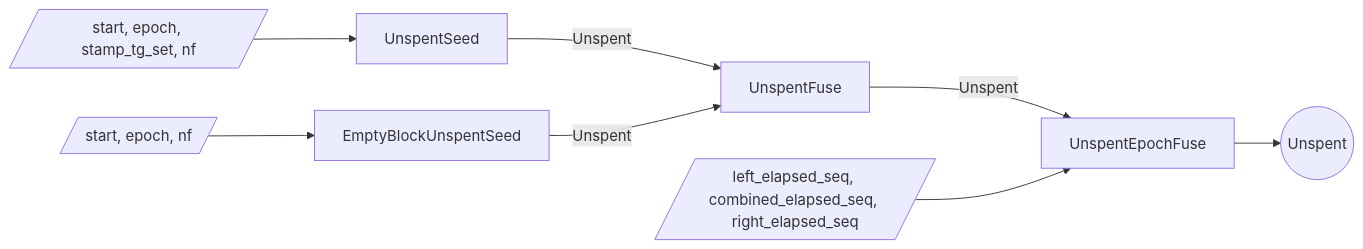
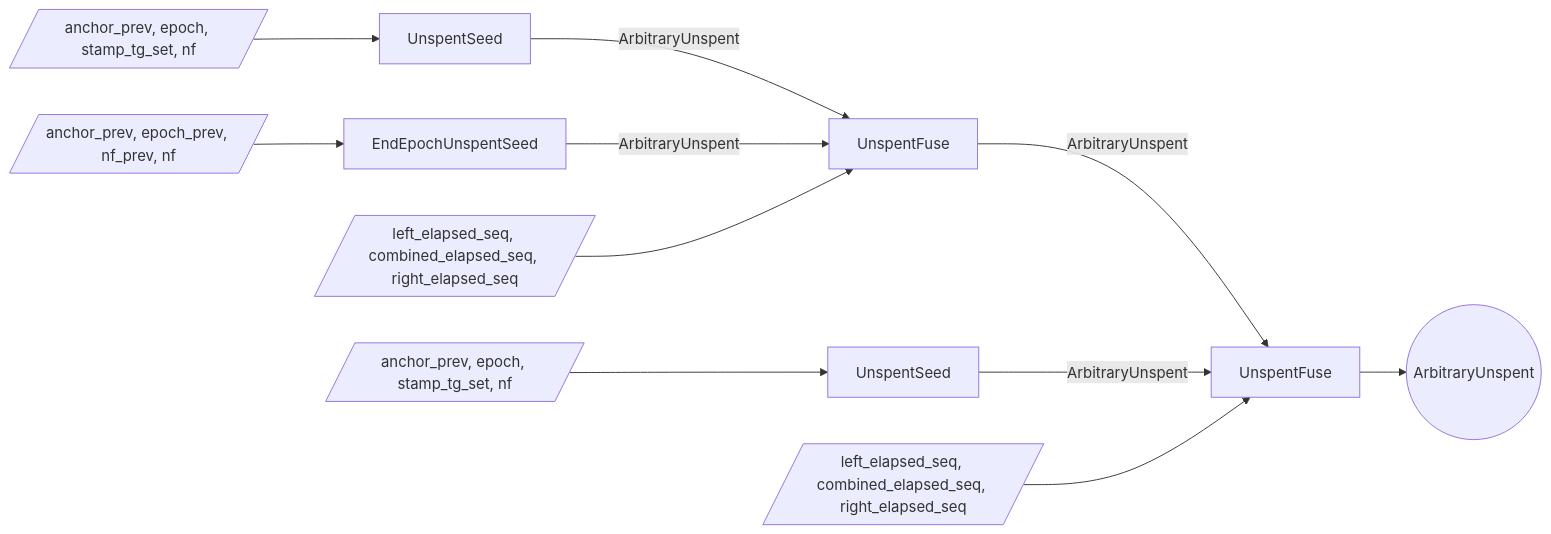
One commit to S1nus/tachyon changed the third of 3 diagrams in book/src/proof-tree.md. Above: the diagram before and after it, drawn with Mermaid. The commit also changed other lines of this file and 13 other files, not shown here.

First line of the commit message:
refactor: anchor commits to epoch (#185)

````diff
--- a/book/src/proof-tree.md
+++ b/book/src/proof-tree.md
@@ -312,19 +314,25 @@
 ```mermaid
 flowchart LR
-  w_seed[/start, epoch, stamp_tg_set, nf/]
+  w_seed[/anchor_prev, epoch, stamp_tg_set, nf/]
   s_useed[UnspentSeed]
-  w_empty[/start, epoch, nf/]
-  s_uempty[EmptyBlockUnspentSeed]
+  w_cross[/anchor_prev, epoch_prev, nf_prev, nf/]
+  s_cross[EndEpochUnspentSeed]
+  w_ufuse[/left_elapsed_seq, combined_elapsed_seq, right_elapsed_seq/]
   s_ufuse[UnspentFuse]
-  w_efuse[/left_elapsed_seq, combined_elapsed_seq, right_elapsed_seq/]
-  s_efuse[UnspentEpochFuse]
-  unspent_out((Unspent))
+  w_next[/anchor_prev, epoch, stamp_tg_set, nf/]
+  s_unext[UnspentSeed]
+  w_ufuse2[/left_elapsed_seq, combined_elapsed_seq, right_elapsed_seq/]
+  s_ufuse2[UnspentFuse]
+  unspent_out((ArbitraryUnspent))
 
   w_seed --> s_useed
-  w_empty --> s_uempty
-  s_useed -->|Unspent| s_ufuse
-  s_uempty -->|Unspent| s_ufuse
-  s_ufuse -->|Unspent| s_efuse
-  w_efuse --> s_efuse
-  s_efuse --> unspent_out
+  w_cross --> s_cross
+  w_next --> s_unext
+  s_useed -->|ArbitraryUnspent| s_ufuse
+  s_cross -->|ArbitraryUnspent| s_ufuse
+  w_ufuse --> s_ufuse
+  s_ufuse -->|ArbitraryUnspent| s_ufuse2
+  s_unext -->|ArbitraryUnspent| s_ufuse2
+  w_ufuse2 --> s_ufuse2
+  s_ufuse2 --> unspent_out
 ```
````
